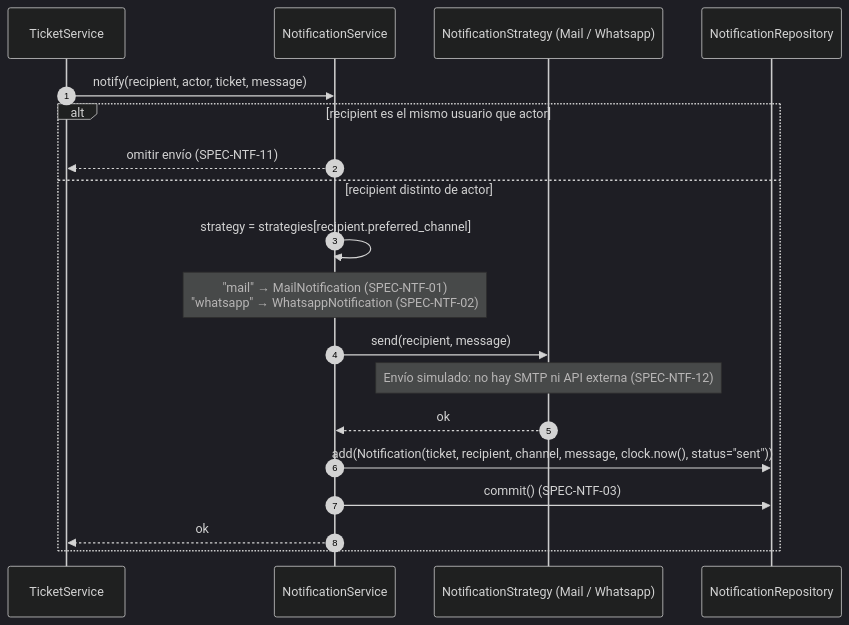
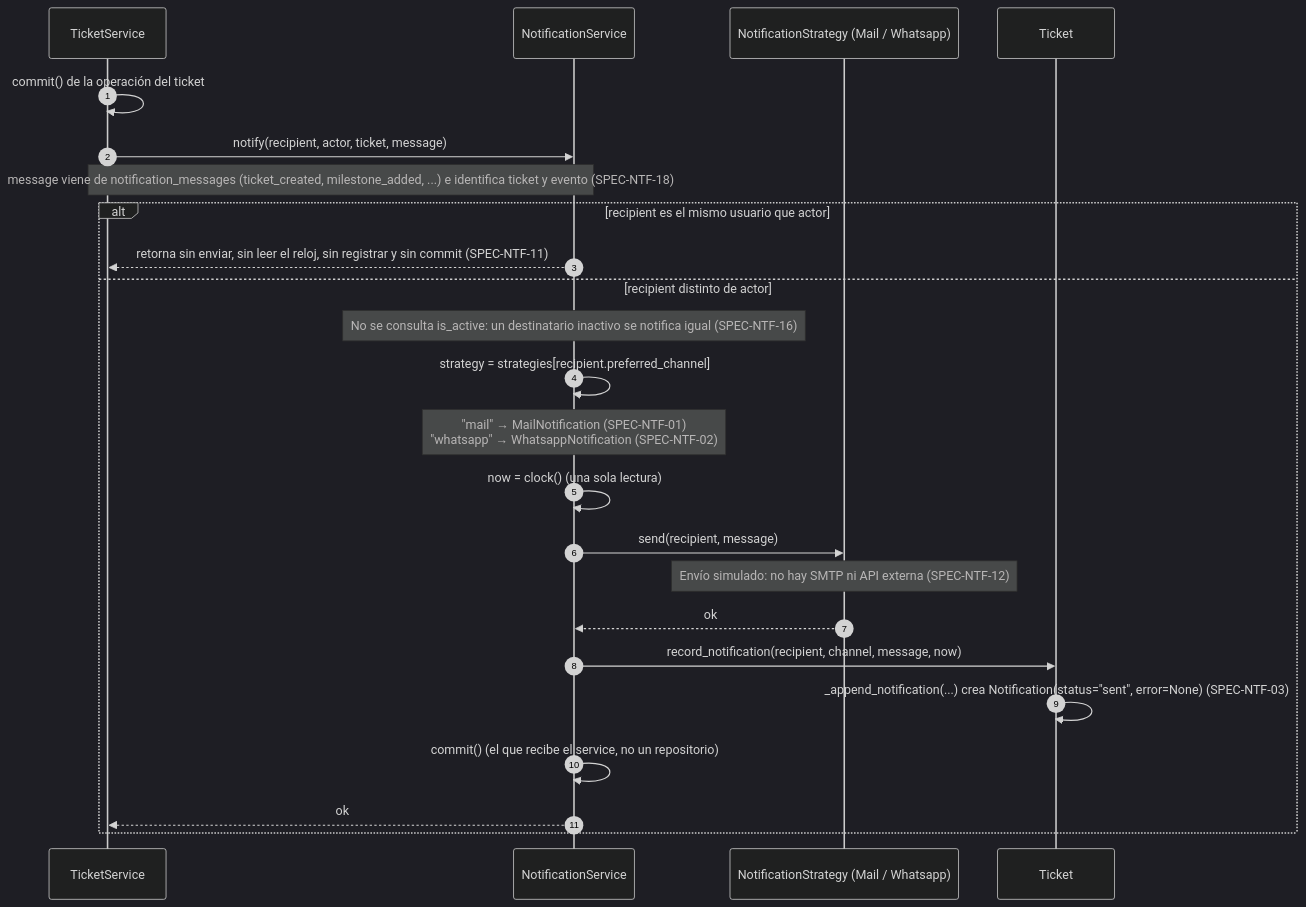
One commit to Diazfe-dev/AyED-III-python-ticket-service changed the first of 2 diagrams in diagrams/sequences/06-notifications.md. Above: the diagram before and after it, drawn with Mermaid (dark theme). The commit also changed other lines of this file and 8 other files, not shown here.

Commit message:
docs(notification): sync diagrams, AGENTS.md and MEMORY.md

````diff
--- a/diagrams/sequences/06-notifications.md
+++ b/diagrams/sequences/06-notifications.md
@@ -23,22 +27,27 @@
 ```mermaid
 sequenceDiagram
     autonumber
     participant TS as TicketService
     participant NS as NotificationService
     participant ST as NotificationStrategy (Mail / Whatsapp)
-    participant NR as NotificationRepository
+    participant T as Ticket
 
+    TS->>TS: commit() de la operación del ticket
     TS->>NS: notify(recipient, actor, ticket, message)
+    Note over TS,NS: message viene de notification_messages (ticket_created, milestone_added, ...) e identifica ticket y evento (SPEC-NTF-18)
     alt recipient es el mismo usuario que actor
-        NS-->>TS: omitir envío (SPEC-NTF-11)
+        NS-->>TS: retorna sin enviar, sin leer el reloj, sin registrar y sin commit (SPEC-NTF-11)
     else recipient distinto de actor
+        Note over NS: No se consulta is_active: un destinatario inactivo se notifica igual (SPEC-NTF-16)
         NS->>NS: strategy = strategies[recipient.preferred_channel]
         Note over NS: "mail" → MailNotification (SPEC-NTF-01)<br/>"whatsapp" → WhatsappNotification (SPEC-NTF-02)
+        NS->>NS: now = clock() (una sola lectura)
         NS->>ST: send(recipient, message)
         Note over ST: Envío simulado: no hay SMTP ni API externa (SPEC-NTF-12)
         ST-->>NS: ok
-        NS->>NR: add(Notification(ticket, recipient, channel, message, clock.now(), status="sent"))
-        NS->>NR: commit() (SPEC-NTF-03)
+        NS->>T: record_notification(recipient, channel, message, now)
+        T->>T: _append_notification(...) crea Notification(status="sent", error=None) (SPEC-NTF-03)
+        NS->>NS: commit() (el que recibe el service, no un repositorio)
         NS-->>TS: ok
     end
 ```
````
